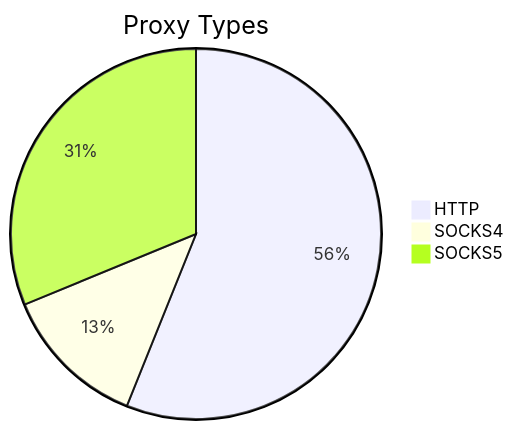
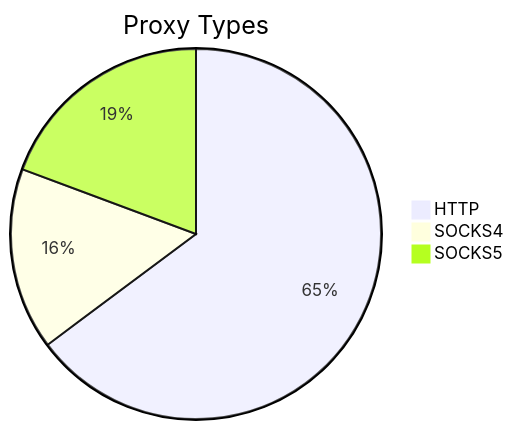
One commit to stormsia/proxy-list changed the first of 2 diagrams in README.md. Above: the diagram before and after it, drawn with Mermaid. The commit also changed other lines of this file, not shown here.

````diff
--- a/README.md
+++ b/README.md
@@ -21,6 +21,6 @@
 ```mermaid
 pie title Proxy Types
-    "HTTP" : 106
-    "SOCKS4" : 24
-    "SOCKS5" : 59
+    "HTTP" : 265
+    "SOCKS4" : 65
+    "SOCKS5" : 79
 ```
````
